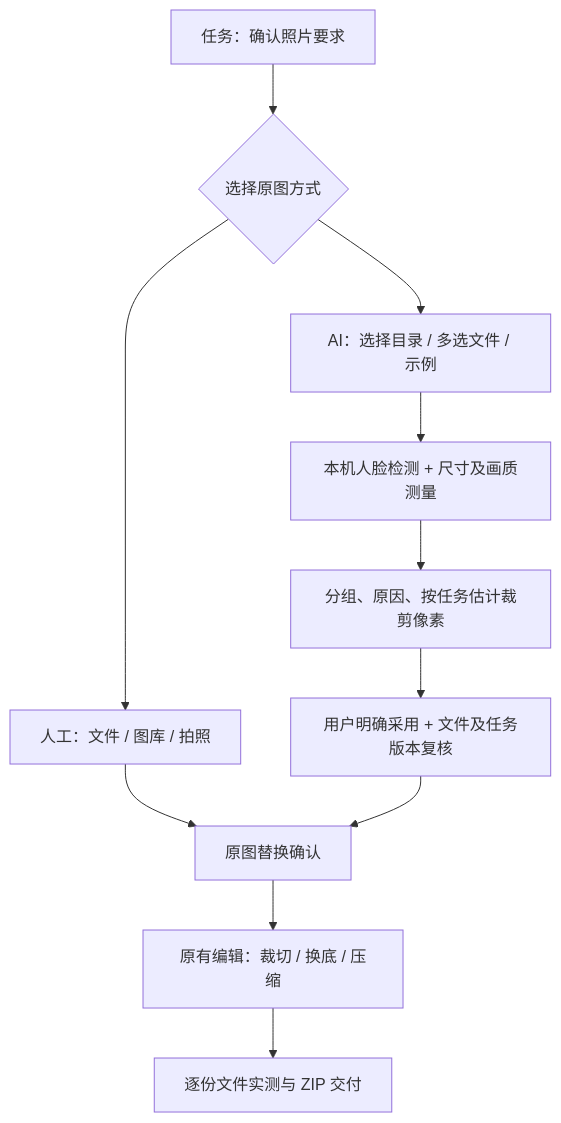
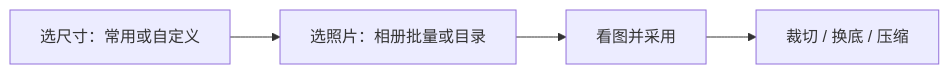
The diagram in docs/photo-finder.md (chunguangwei/photoid), drawn with Mermaid before and after one commit. The commit also changed other lines of this file and 50 other files, not shown here.

````diff
--- a/docs/photo-finder.md
+++ b/docs/photo-finder.md
@@ -13,13 +14,6 @@
 ```mermaid
-flowchart TD
-  A[任务：确认照片要求] --> B{选择原图方式}
-  B --> C[人工：文件 / 图库 / 拍照]
-  B --> D[AI：选择目录 / 多选文件 / 示例]
-  D --> E[本机人脸检测 + 尺寸及画质测量]
-  E --> F[分组、原因、按任务估计裁剪像素]
-  F --> G[用户明确采用 + 文件及任务版本复核]
-  C --> H[原图替换确认]
-  G --> H
-  H --> I[原有编辑：裁切 / 换底 / 压缩]
-  I --> J[逐份文件实测与 ZIP 交付]
+flowchart LR
+ A[选尺寸：常用或自定义] --> B[选照片：相册批量或目录]
+ B --> C[看图并采用]
+ C --> D[裁切 / 换底 / 压缩]
 ```
````
